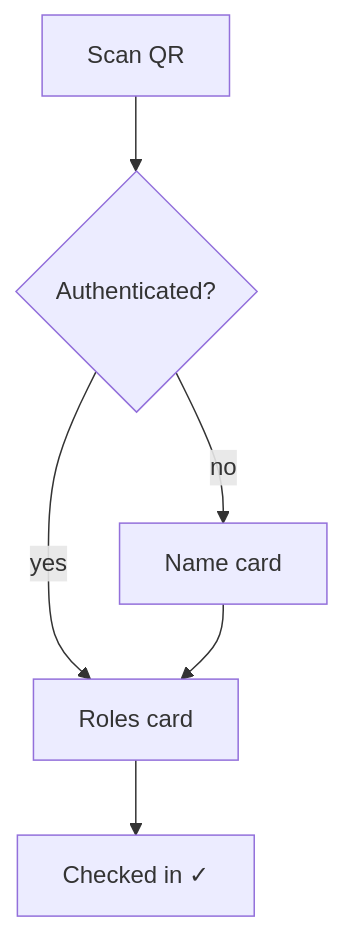
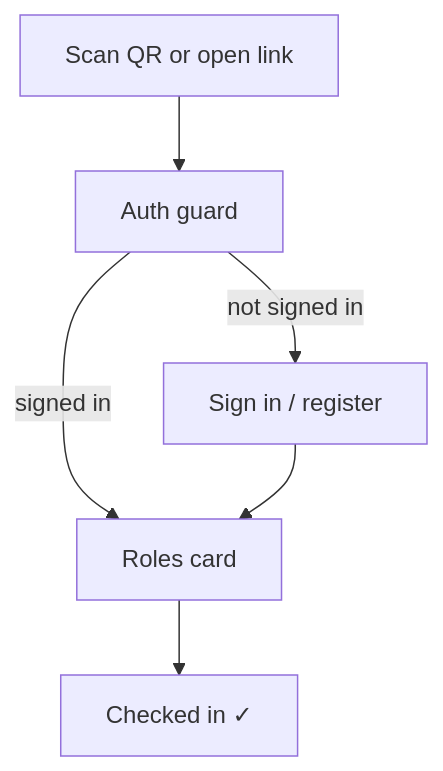
The diagram in design/functionalities/check_in.md (misu-tmc/misu), drawn with Mermaid before and after one commit. The commit also changed other lines of this file and 6 other files, not shown here.

````diff
--- a/design/functionalities/check_in.md
+++ b/design/functionalities/check_in.md
@@ -17,7 +19,8 @@
 ```mermaid
 flowchart TD
-    Q[Scan QR] --> A{Authenticated?}
-    A -- yes --> R[Roles card]
-    A -- no --> NM[Name card] --> R
+    Q[Scan QR or open link] --> A[Auth guard]
+    A -->|signed in| R[Roles card]
+    A -->|not signed in| S[Sign in / register]
+    S --> R
     R --> DONE[Checked in ✓]
 ```
````
